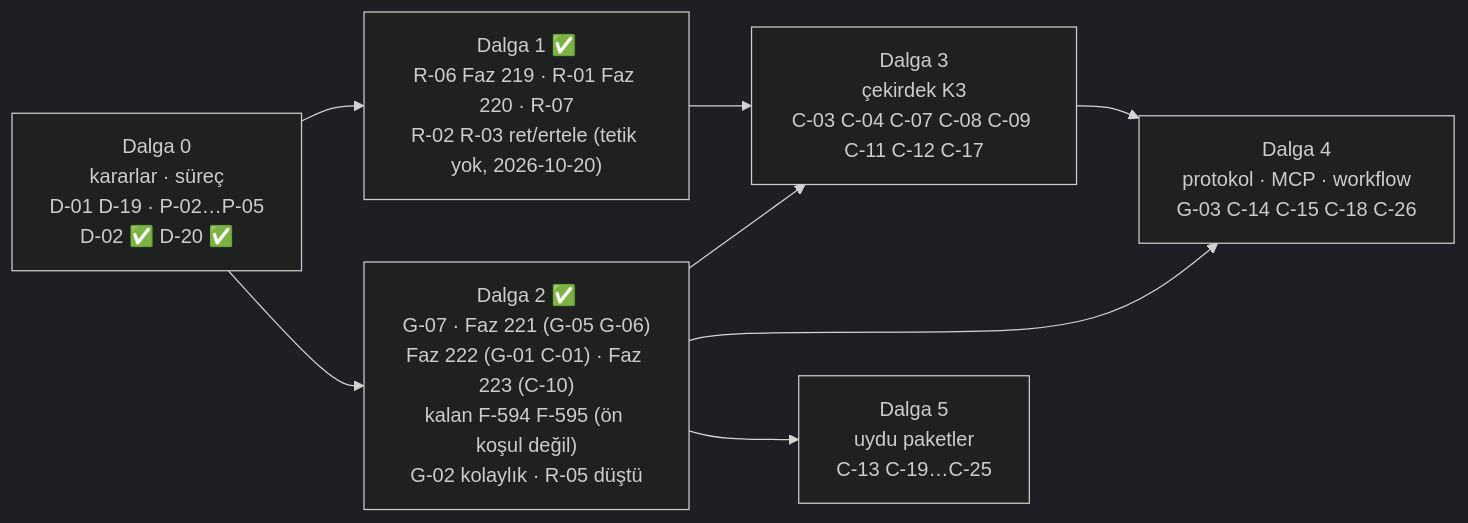
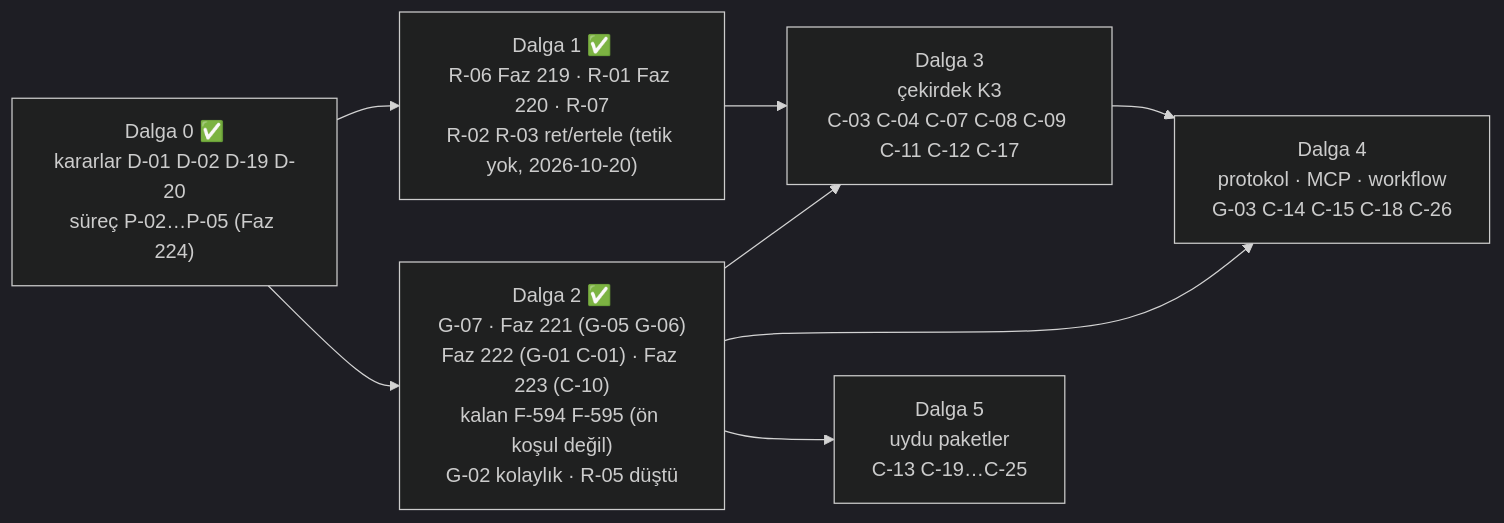
Before and after one commit to farukatasoy/Tracon: the diagram in docs/MAF-KAPSAMA.md, drawn with Mermaid (dark theme). The commit also changed other lines of this file and 18 other files, not shown here.

````diff
--- a/docs/MAF-KAPSAMA.md
+++ b/docs/MAF-KAPSAMA.md
@@ -603,16 +604,16 @@
 ```mermaid
 flowchart LR
-    D0["Dalga 0<br/>kararlar · süreç<br/>D-01 D-19 · P-02…P-05<br/>D-02 ✅ D-20 ✅"]
+    D0["Dalga 0 ✅<br/>kararlar D-01 D-02 D-19 D-20<br/>süreç P-02…P-05 (Faz 224)"]
     D1["Dalga 1 ✅<br/>R-06 Faz 219 · R-01 Faz 220 · R-07<br/>R-02 R-03 ret/ertele (tetik yok, 2026-10-20)"]
     D2["Dalga 2 ✅<br/>G-07 · Faz 221 (G-05 G-06)<br/>Faz 222 (G-01 C-01) · Faz 223 (C-10)<br/>kalan F-594 F-595 (ön koşul değil)<br/>G-02 kolaylık · R-05 düştü"]
     D3["Dalga 3<br/>çekirdek K3<br/>C-03 C-04 C-07 C-08 C-09 C-11 C-12 C-17"]
     D4["Dalga 4<br/>protokol · MCP · workflow<br/>G-03 C-14 C-15 C-18 C-26"]
     D5["Dalga 5<br/>uydu paketler<br/>C-13 C-19…C-25"]
     D0 --> D1
     D0 --> D2
     D1 --> D3
     D2 --> D3
     D2 --> D4
     D3 --> D4
     D2 --> D5
 ```
````
